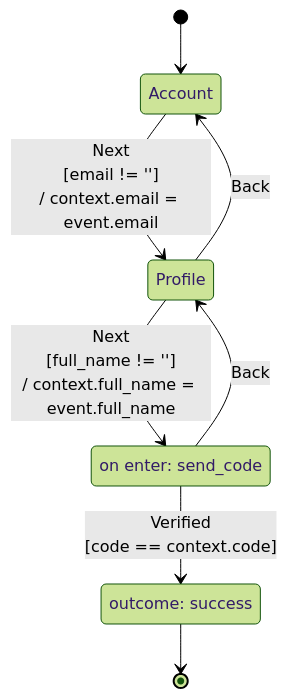
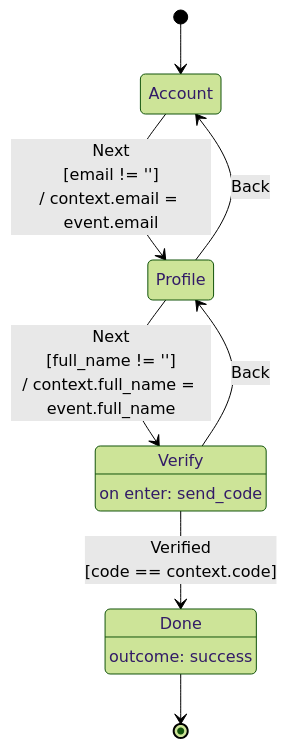
Before and after one commit to acasadom/harel: the first of 2 diagrams in docs/examples/nicegui_wizard.md, drawn with Mermaid (forest theme). The commit also changed 9 other files, not shown here.

````diff
--- a/docs/examples/nicegui_wizard.md
+++ b/docs/examples/nicegui_wizard.md
@@ -14,12 +14,14 @@
 ```{mermaid}
 stateDiagram-v2
 [*] --> Account
+state "Verify" as Verify
 Verify : on enter#58; send_code
+state "Done" as Done
 Done : outcome#58; success
 Account --> Profile : Next<br/>[email != '']<br/>/ context.email = event.email
 Profile --> Account : Back
 Profile --> Verify : Next<br/>[full_name != '']<br/>/ context.full_name = event.full_name
 Verify --> Profile : Back
 Verify --> Done : Verified<br/>[code == context.code]
 Done --> [*]
 ```
````
